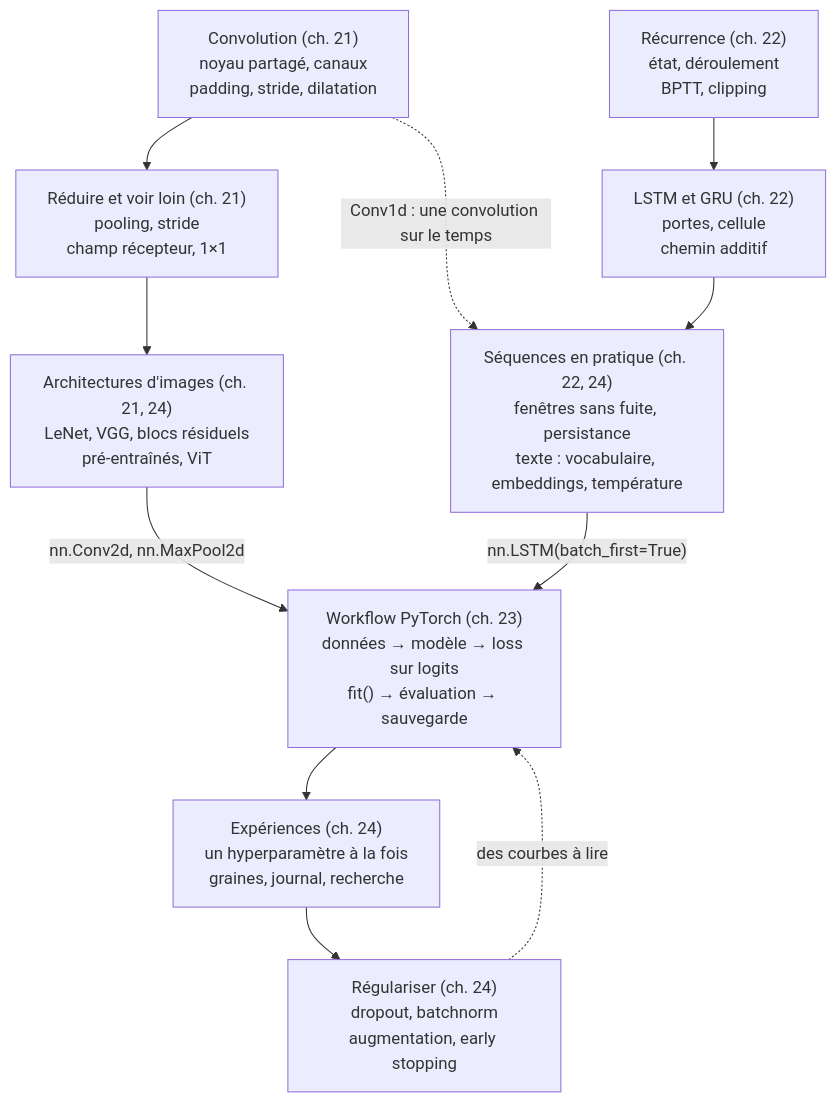
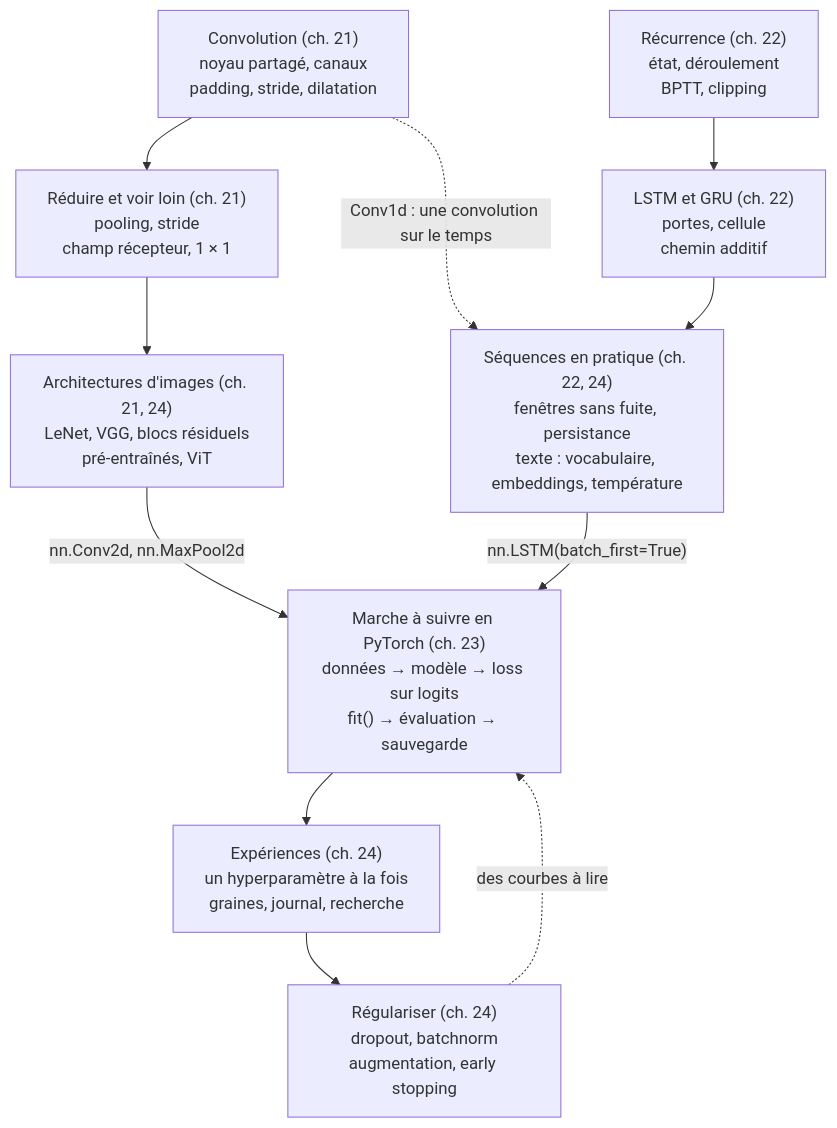
One commit to cemah2/workbookIA changed the diagram in checkpoints/partie_5/05_synthese.md. Above: the diagram before and after it, drawn with Mermaid. The commit also changed other lines of this file and 147 other files, not shown here.

````diff
--- a/checkpoints/partie_5/05_synthese.md
+++ b/checkpoints/partie_5/05_synthese.md
@@ -14,20 +14,20 @@
 ```mermaid
 flowchart TD
   C["Convolution (ch. 21)<br/>noyau partagé, canaux<br/>padding, stride, dilatation"]
-  P["Réduire et voir loin (ch. 21)<br/>pooling, stride<br/>champ récepteur, 1×1"]
+  P["Réduire et voir loin (ch. 21)<br/>pooling, stride<br/>champ récepteur, 1 × 1"]
   A["Architectures d'images (ch. 21, 24)<br/>LeNet, VGG, blocs résiduels<br/>pré-entraînés, ViT"]
   R["Récurrence (ch. 22)<br/>état, déroulement<br/>BPTT, clipping"]
   L["LSTM et GRU (ch. 22)<br/>portes, cellule<br/>chemin additif"]
   S["Séquences en pratique (ch. 22, 24)<br/>fenêtres sans fuite, persistance<br/>texte : vocabulaire, embeddings, température"]
-  W["Workflow PyTorch (ch. 23)<br/>données → modèle → loss sur logits<br/>fit() → évaluation → sauvegarde"]
+  W["Marche à suivre en PyTorch (ch. 23)<br/>données → modèle → loss sur logits<br/>fit() → évaluation → sauvegarde"]
   E["Expériences (ch. 24)<br/>un hyperparamètre à la fois<br/>graines, journal, recherche"]
   G["Régulariser (ch. 24)<br/>dropout, batchnorm<br/>augmentation, early stopping"]
   C --> P --> A
   R --> L --> S
   A -->|"nn.Conv2d, nn.MaxPool2d"| W
   S -->|"nn.LSTM(batch_first=True)"| W
   W --> E
   E --> G
   G -.->|"des courbes à lire"| W
   C -.->|"Conv1d : une convolution sur le temps"| S
 ```
````
